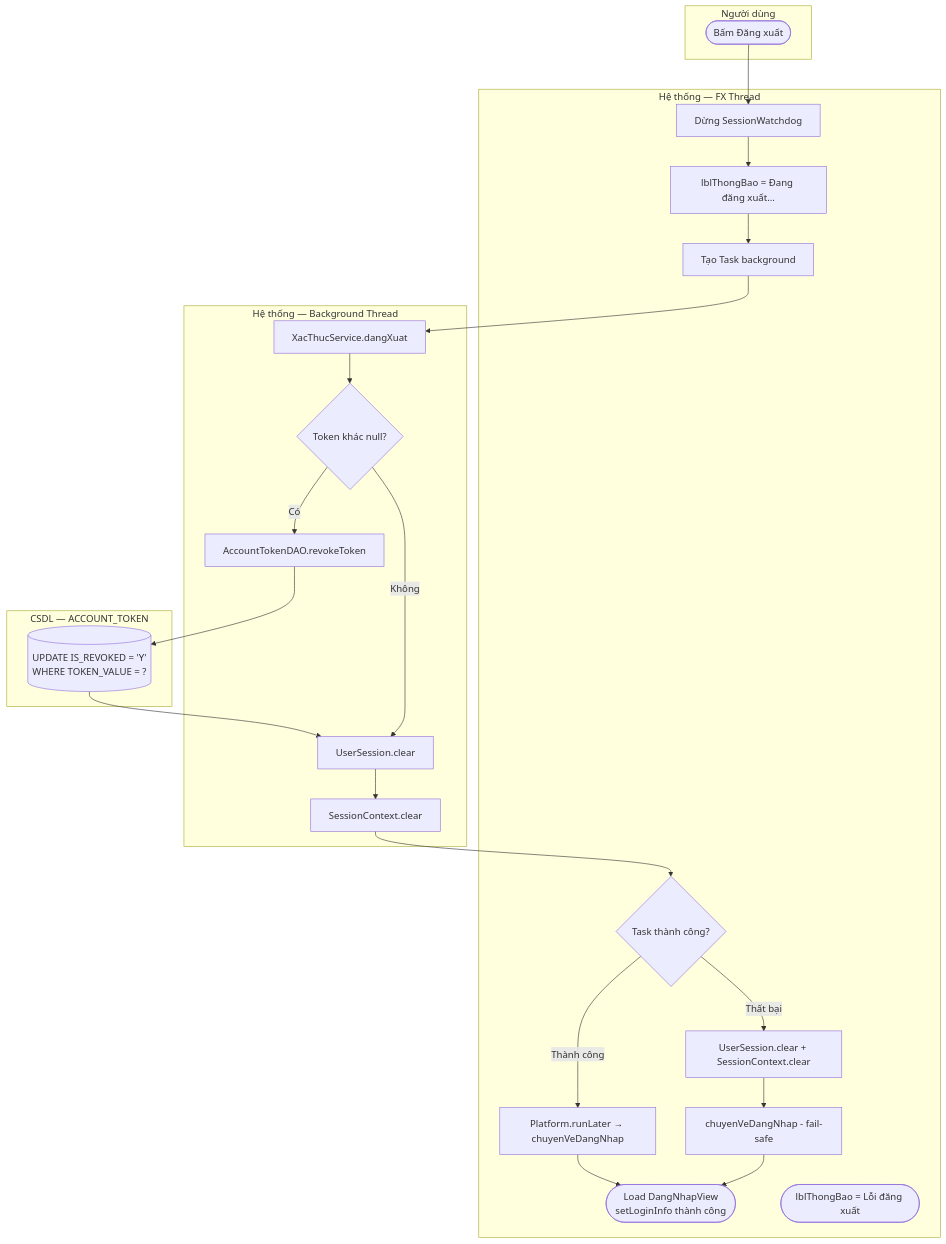
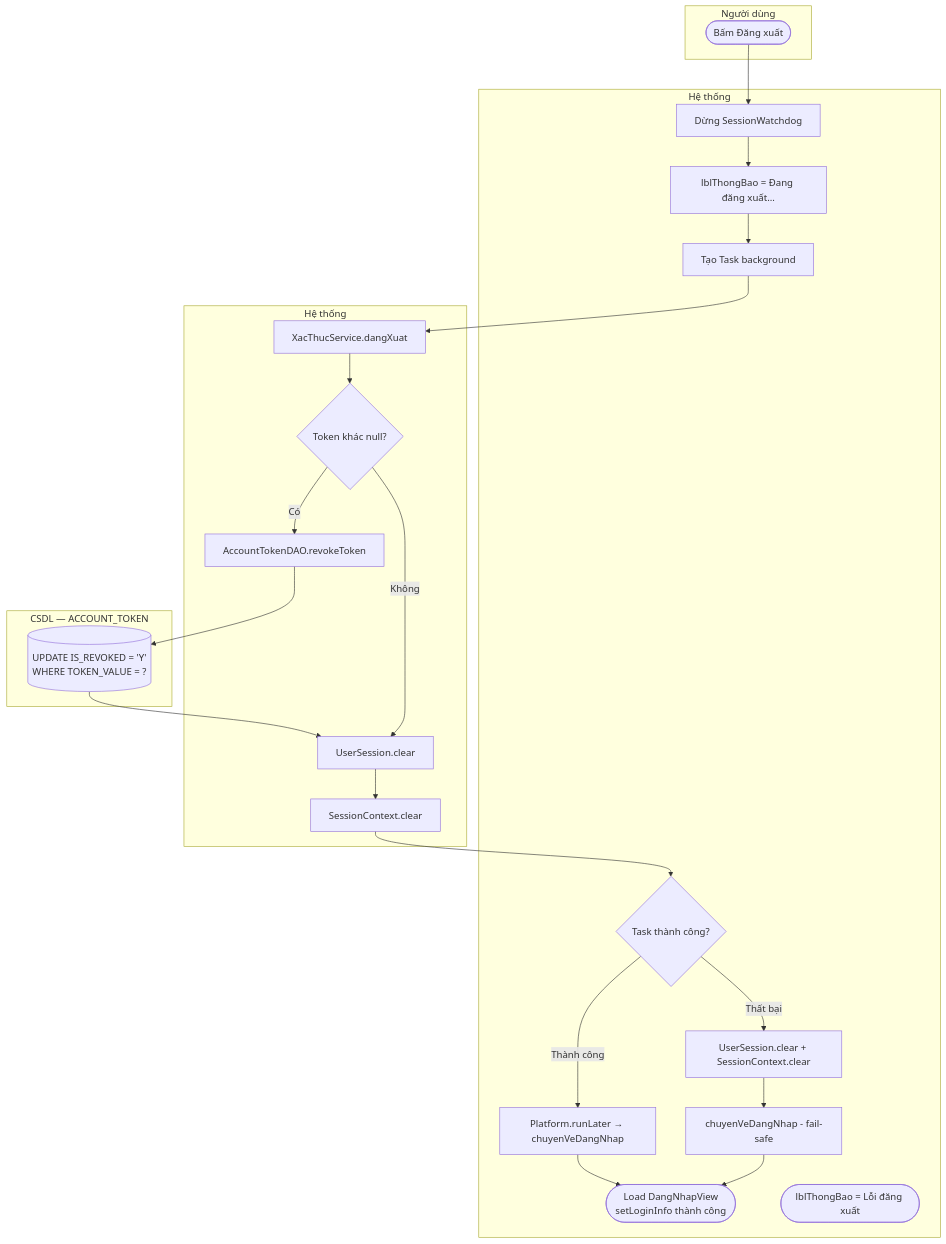
Before and after one commit to lancelotviendangkhoa710/IS-System-Development: the diagram in .agents/3_business/use_cases/UC02_DangXuat.md, drawn with Mermaid. The commit also changed other lines of this file and 52 other files, not shown here.

````diff
--- a/.agents/3_business/use_cases/UC02_DangXuat.md
+++ b/.agents/3_business/use_cases/UC02_DangXuat.md
@@ -55,38 +55,38 @@
 ```mermaid
 flowchart TD
     subgraph Nguoi_Dung["Người dùng"]
         A([Bấm Đăng xuất])
     end
 
-    subgraph FX_Thread["Hệ thống — FX Thread"]
+    subgraph FX_Thread["Hệ thống"]
         B[Dừng SessionWatchdog]
         C[lblThongBao = Đang đăng xuất...]
         D[Tạo Task background]
         K{Task thành công?}
         L[Platform.runLater → chuyenVeDangNhap]
         M[UserSession.clear + SessionContext.clear]
         N[chuyenVeDangNhap - fail-safe]
         P([Load DangNhapView\nsetLoginInfo thành công])
         Q([lblThongBao = Lỗi đăng xuất])
     end
 
-    subgraph BG_Thread["Hệ thống — Background Thread"]
+    subgraph BG_Thread["Hệ thống"]
         E[XacThucService.dangXuat]
         F{Token khác null?}
         G[AccountTokenDAO.revokeToken]
         H[UserSession.clear]
         I[SessionContext.clear]
     end
 
     subgraph CSDL["CSDL — ACCOUNT_TOKEN"]
         J[(UPDATE IS_REVOKED = 'Y'\nWHERE TOKEN_VALUE = ?)]
     end
 
     A --> B --> C --> D --> E
     E --> F
     F -->|Có| G --> J --> H --> I
     F -->|Không| H
     I --> K
     K -->|Thành công| L --> P
     K -->|Thất bại| M --> N --> P
 ```
````
